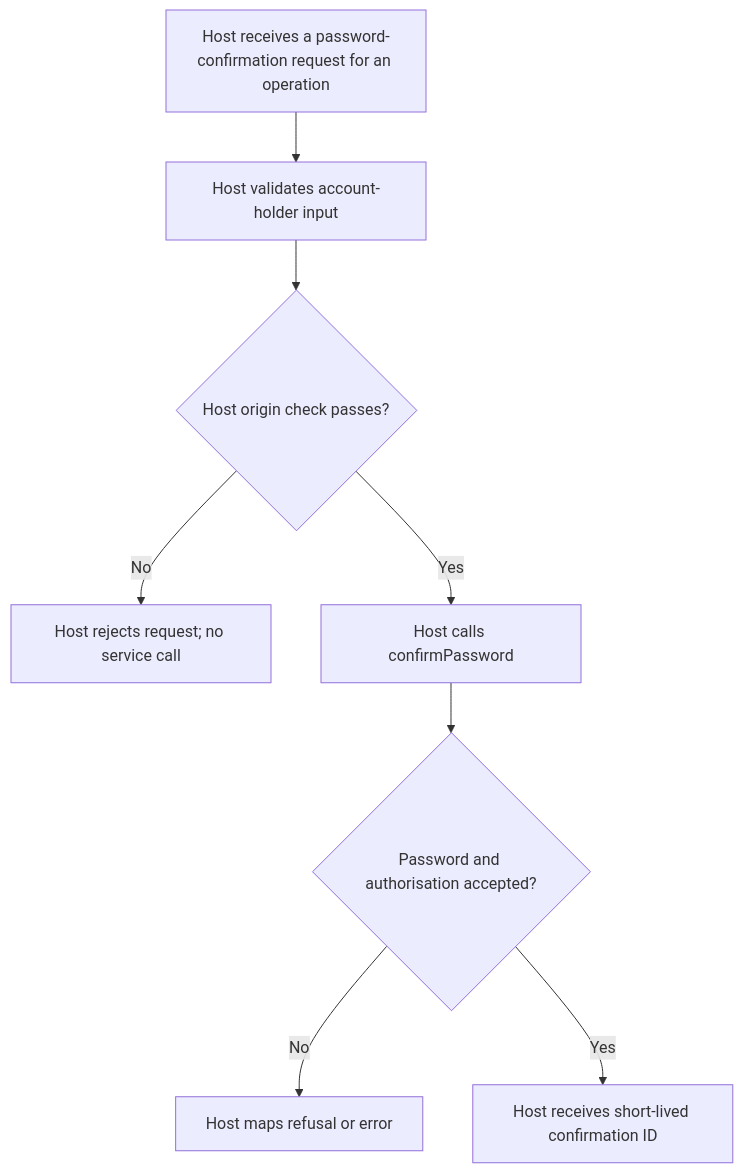
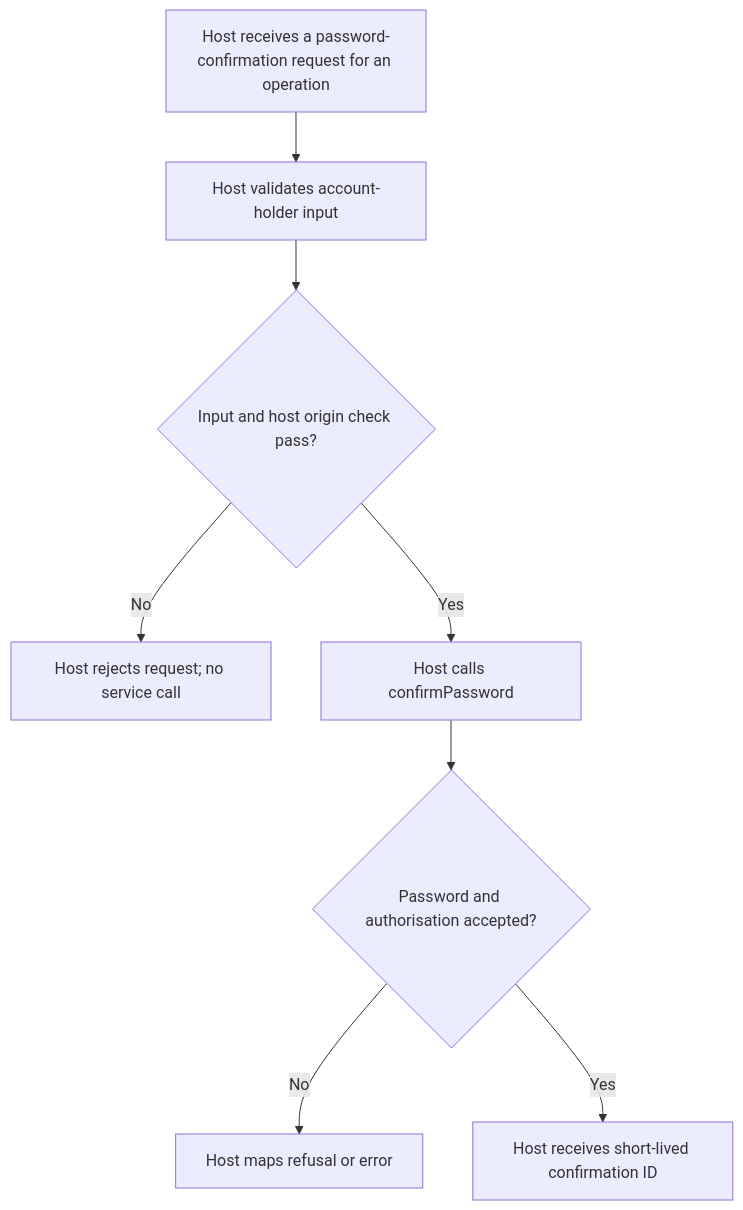
One commit to Kevinjohn/oss-adonisjs-confirm-action-with-password changed the first of 2 diagrams in user-stories/US-CONFIRM-01-issue-confirmation.md. Above: the diagram before and after it, drawn with Mermaid. The commit also changed other lines of this file and 11 other files, not shown here.

````diff
--- a/user-stories/US-CONFIRM-01-issue-confirmation.md
+++ b/user-stories/US-CONFIRM-01-issue-confirmation.md
@@ -21,10 +24,10 @@
 ```mermaid
 flowchart TD
     A["Host receives a password-confirmation request for an operation"] --> B["Host validates account-holder input"]
-    B --> C{"Host origin check passes?"}
+    B --> C{"Input and host origin check pass?"}
     C -->|No| D["Host rejects request; no service call"]
     C -->|Yes| E["Host calls confirmPassword"]
     E --> F{"Password and authorisation accepted?"}
     F -->|No| G["Host maps refusal or error"]
     F -->|Yes| H["Host receives short-lived confirmation ID"]
 ```
````
